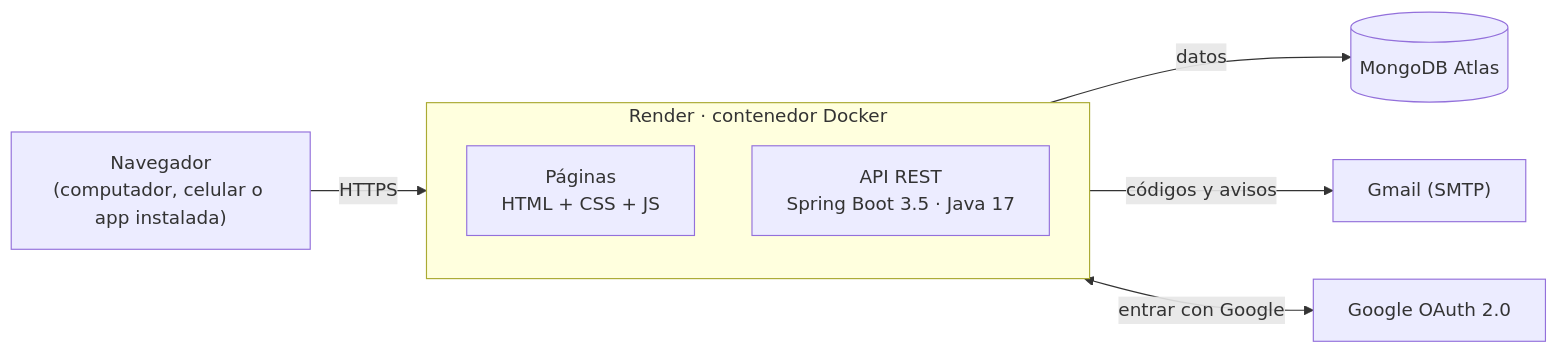
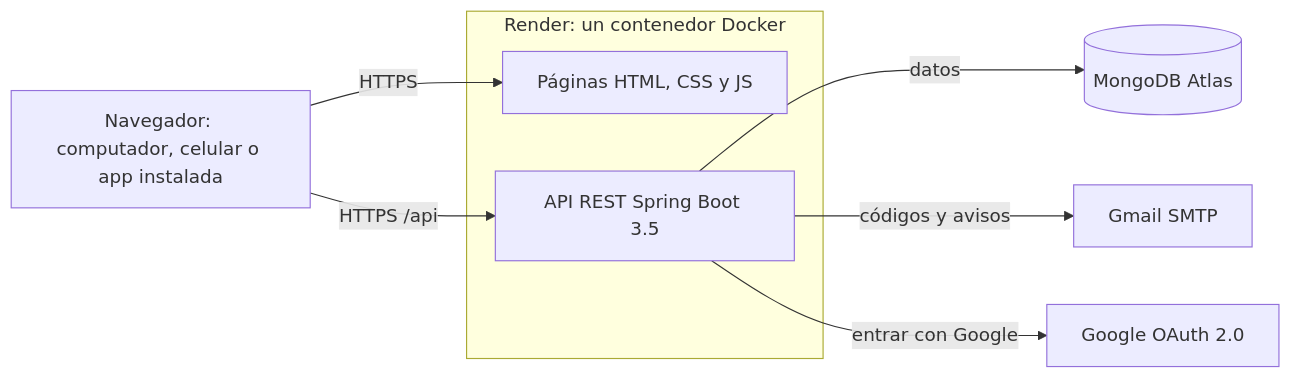
One commit to jesuscastilla-cloud/Skillmatch changed the diagram in README.md. Above: the diagram before and after it, drawn with Mermaid. The commit also changed other lines of this file, not shown here.

Commit message:
README: diagrama de arquitectura que GitHub sí dibuja y títulos en la tabla de seguridad

````diff
--- a/README.md
+++ b/README.md
@@ -187,14 +187,16 @@
 ```mermaid
 flowchart LR
-    U["Navegador<br/>(computador, celular o app instalada)"] -->|HTTPS| R
-
-    subgraph R["Render · contenedor Docker"]
-        direction TB
-        F["Páginas<br/>HTML + CSS + JS"]
-        A["API REST<br/>Spring Boot 3.5 · Java 17"]
+    U["Navegador: computador, celular o app instalada"]
+    subgraph RENDER["Render: un contenedor Docker"]
+        F["Páginas HTML, CSS y JS"]
+        A["API REST Spring Boot 3.5"]
     end
-
-    A -->|datos| M[("MongoDB Atlas")]
-    A -->|códigos y avisos| G["Gmail (SMTP)"]
-    A <-->|entrar con Google| O["Google OAuth 2.0"]
+    M[("MongoDB Atlas")]
+    G["Gmail SMTP"]
+    O["Google OAuth 2.0"]
+    U -- "HTTPS" --> F
+    U -- "HTTPS /api" --> A
+    A -- "datos" --> M
+    A -- "códigos y avisos" --> G
+    A -- "entrar con Google" --> O
 ```
````
